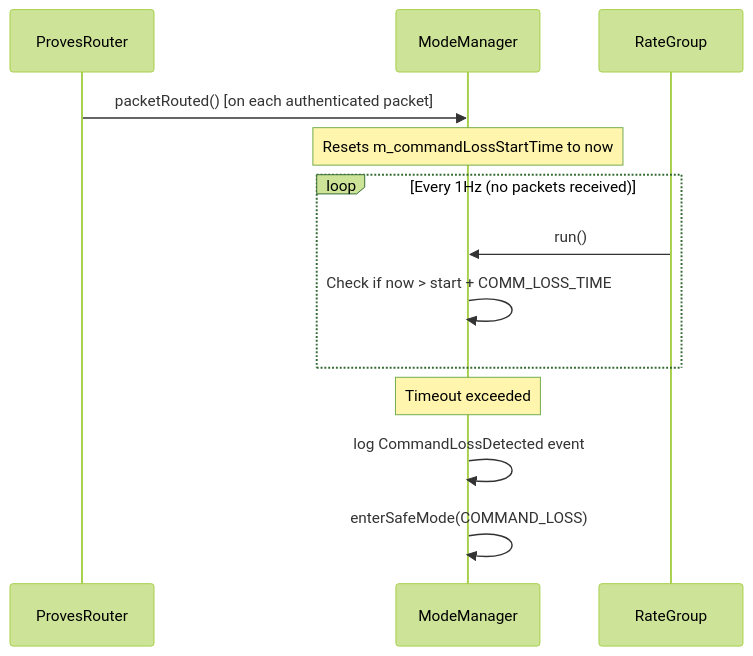
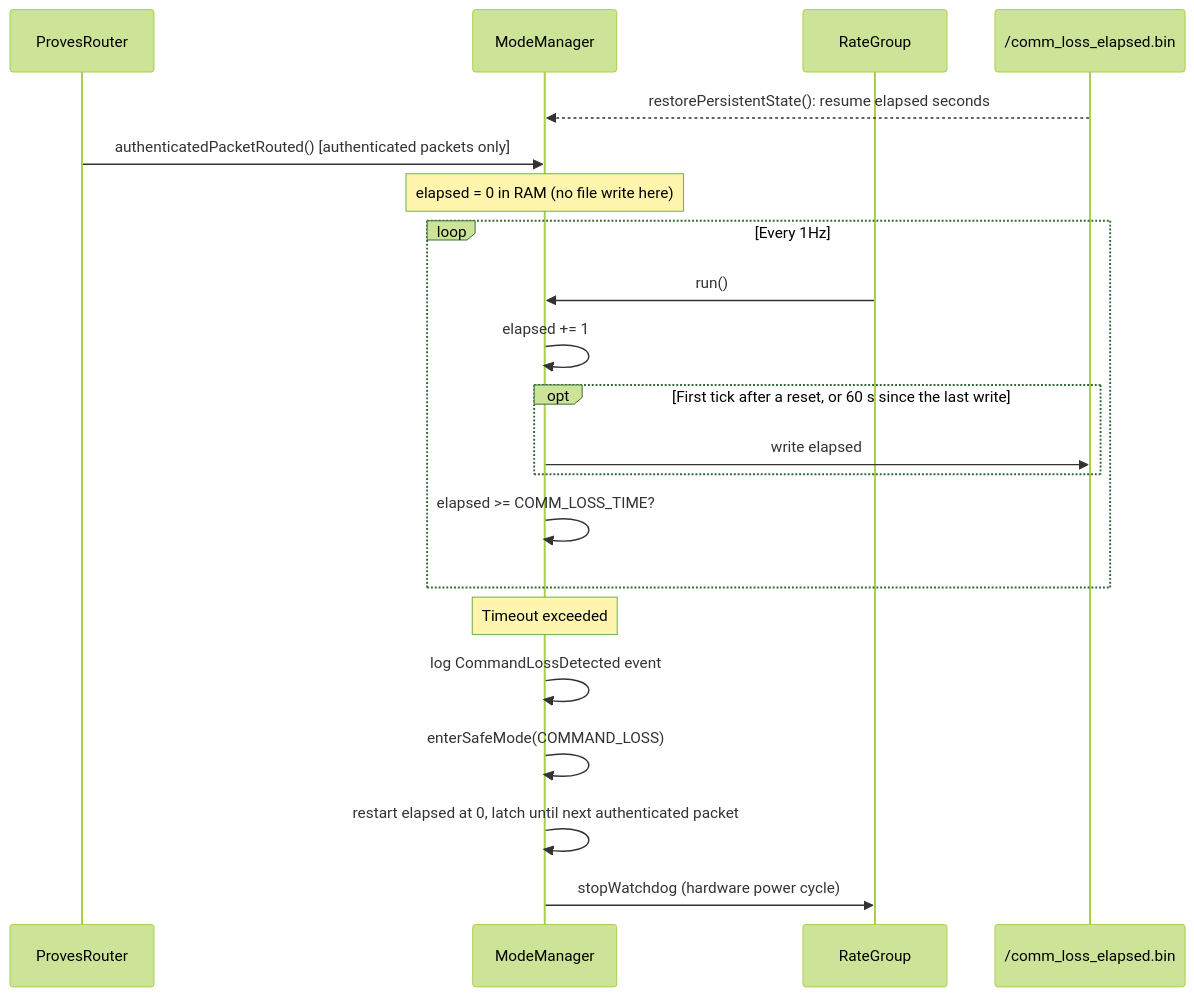
Before and after one commit to Open-Source-Space-Foundation/proves-core-reference: the second of 4 diagrams in PROVESFlightControllerReference/Components/ModeManager/docs/sdd.md, drawn with Mermaid (forest theme). The commit also changed other lines of this file and 16 other files, not shown here.

First line of the commit message:
fix(ModeManager): count only authenticated traffic in the command-loss dead-man and persist it across reboots

````diff
--- a/PROVESFlightControllerReference/Components/ModeManager/docs/sdd.md
+++ b/PROVESFlightControllerReference/Components/ModeManager/docs/sdd.md
@@ -159,17 +162,26 @@
 ```mermaid
 sequenceDiagram
     participant AuthRouter as ProvesRouter
     participant ModeManager
     participant RateGroup
 
-    AuthRouter->>ModeManager: packetRouted() [on each authenticated packet]
-    Note over ModeManager: Resets m_commandLossStartTime to now
+    participant Flash as /comm_loss_elapsed.bin
 
-    loop Every 1Hz (no packets received)
+    Flash-->>ModeManager: restorePersistentState(): resume elapsed seconds
+    AuthRouter->>ModeManager: authenticatedPacketRouted() [authenticated packets only]
+    Note over ModeManager: elapsed = 0 in RAM (no file write here)
+
+    loop Every 1Hz
         RateGroup->>ModeManager: run()
-        ModeManager->>ModeManager: Check if now > start + COMM_LOSS_TIME
+        ModeManager->>ModeManager: elapsed += 1
+        opt First tick after a reset, or 60 s since the last write
+            ModeManager->>Flash: write elapsed
+        end
+        ModeManager->>ModeManager: elapsed >= COMM_LOSS_TIME?
     end
     Note over ModeManager: Timeout exceeded
     ModeManager->>ModeManager: log CommandLossDetected event
     ModeManager->>ModeManager: enterSafeMode(COMMAND_LOSS)
+    ModeManager->>ModeManager: restart elapsed at 0, latch until next authenticated packet
+    ModeManager->>RateGroup: stopWatchdog (hardware power cycle)
 ```
````
